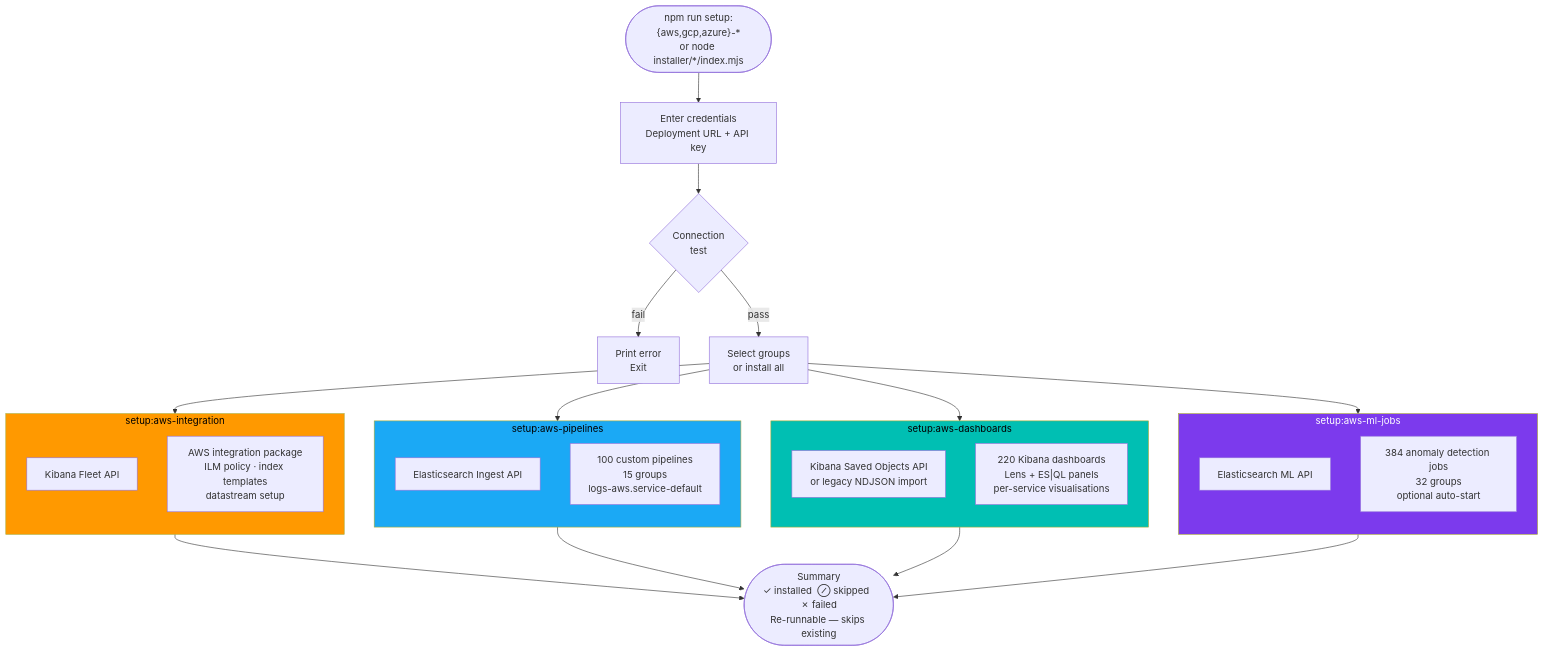
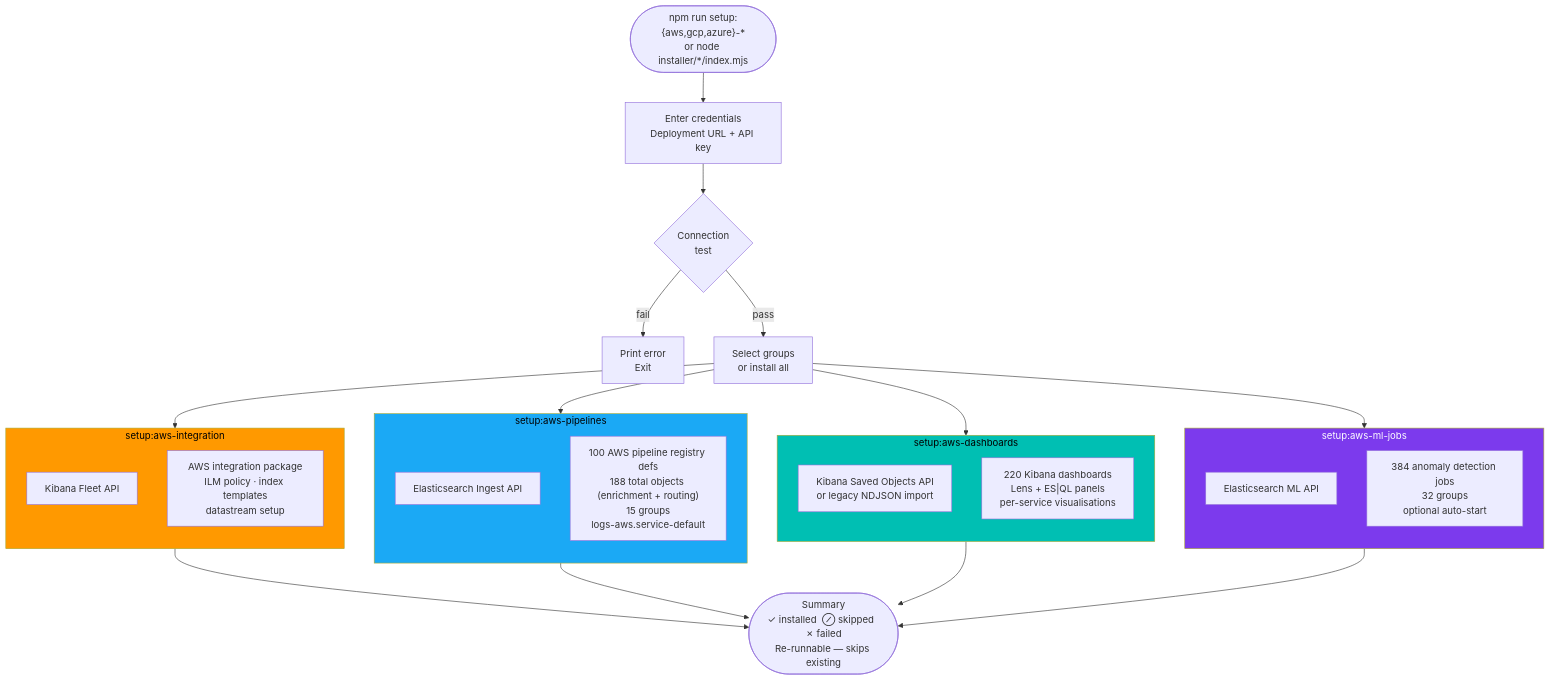
One commit to rkernutt/cloud-to-elastic-load-generator changed the fourth of 14 diagrams in docs/diagrams.md. Above: the diagram before and after it, drawn with Mermaid. The commit also changed other lines of this file and 1126 other files, not shown here.

````diff
--- a/docs/diagrams.md
+++ b/docs/diagrams.md
@@ -291,47 +291,47 @@
 ```mermaid
 flowchart TD
     START(["npm run setup:{aws,gcp,azure}-*\nor node installer/*/index.mjs"]) --> AUTH
 
     AUTH["Enter credentials\nDeployment URL + API key"]
     AUTH --> TEST{"Connection\ntest"}
     TEST -->|"fail"| ERR1["Print error\nExit"]
     TEST -->|"pass"| MENU["Select groups\nor install all"]
 
     MENU --> I1 & I2 & I3 & I4
 
     subgraph I1["setup:aws-integration"]
         direction TB
         A1["Kibana Fleet API"]
         A2["AWS integration package\nILM policy · index templates\ndatastream setup"]
     end
 
     subgraph I2["setup:aws-pipelines"]
         direction TB
         B1["Elasticsearch Ingest API"]
-        B2["100 custom pipelines\n15 groups\nlogs-aws.service-default"]
+        B2["100 AWS pipeline registry defs\n188 total objects (enrichment + routing)\n15 groups\nlogs-aws.service-default"]
     end
 
     subgraph I3["setup:aws-dashboards"]
         direction TB
         C1["Kibana Saved Objects API\nor legacy NDJSON import"]
         C2["220 Kibana dashboards\nLens + ES|QL panels\nper-service visualisations"]
     end
 
     subgraph I4["setup:aws-ml-jobs"]
         direction TB
         D1["Elasticsearch ML API"]
         D2["384 anomaly detection jobs\n32 groups\noptional auto-start"]
     end
 
     I1 --> DONE
     I2 --> DONE
     I3 --> DONE
     I4 --> DONE
 
     DONE(["Summary\n✓ installed  ⊘ skipped  ✗ failed\nRe-runnable — skips existing"])
 
     style I1 fill:#FF9900,color:#000
     style I2 fill:#1BA9F5,color:#000
     style I3 fill:#00BFB3,color:#000
     style I4 fill:#7C3AED,color:#fff
 ```
````
